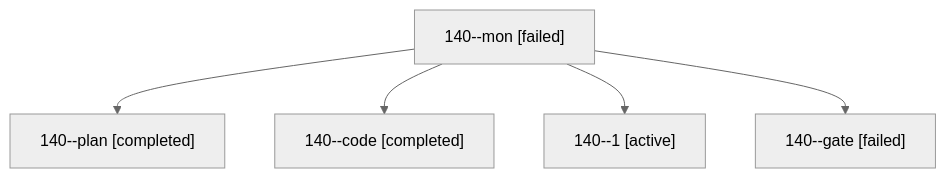
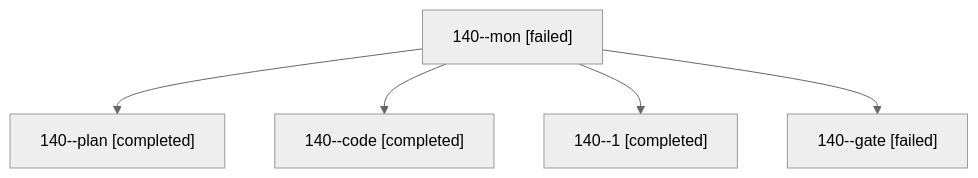
One commit to bobs-org/bob-cli--agents changed the diagram in sessions/bbugyi200.athena.140.md. Above: the diagram before and after it, drawn with Mermaid (neutral theme). The commit also changed other lines of this file and 79 other files, not shown here.

````diff
--- a/sessions/bbugyi200.athena.140.md
+++ b/sessions/bbugyi200.athena.140.md
@@ -9,12 +9,12 @@
 ```mermaid
 flowchart TD
   n0["140--mon [failed]"]
   n1["140--plan [completed]"]
   n0 --> n1
   n2["140--code [completed]"]
   n0 --> n2
-  n3["140--1 [active]"]
+  n3["140--1 [completed]"]
   n0 --> n3
   n4["140--gate [failed]"]
   n0 --> n4
 ```
````
